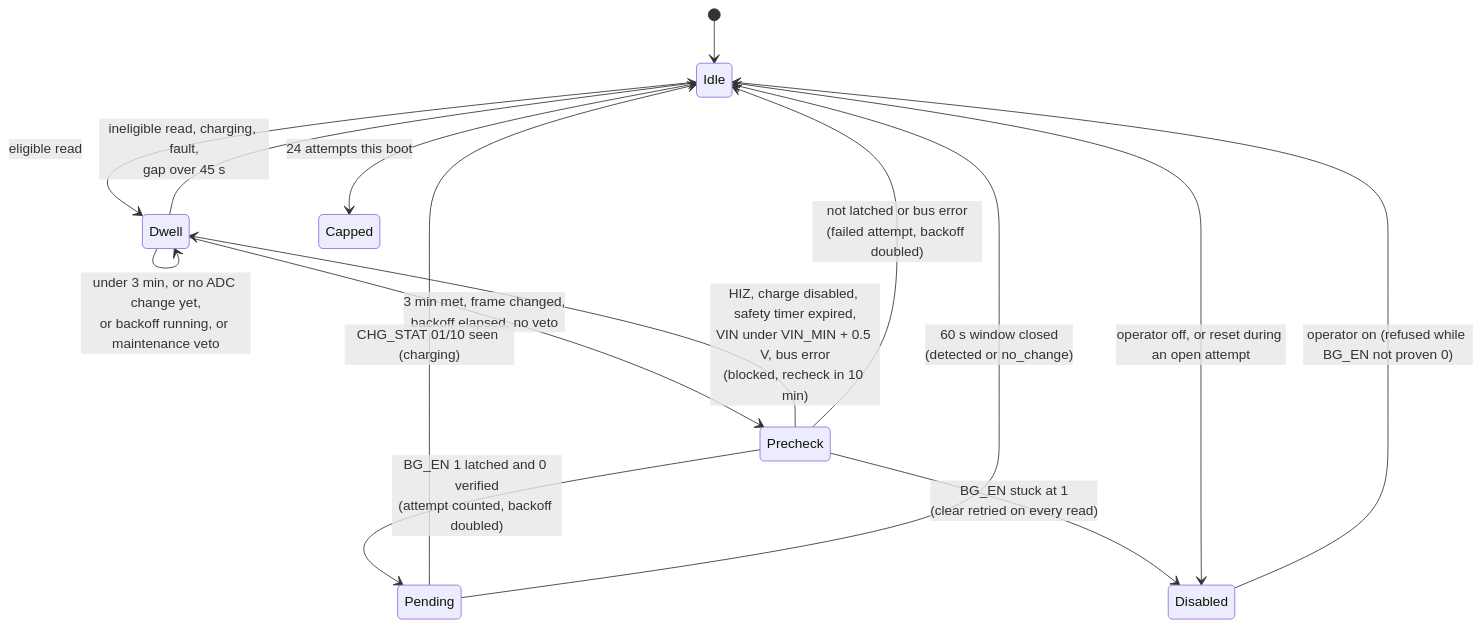
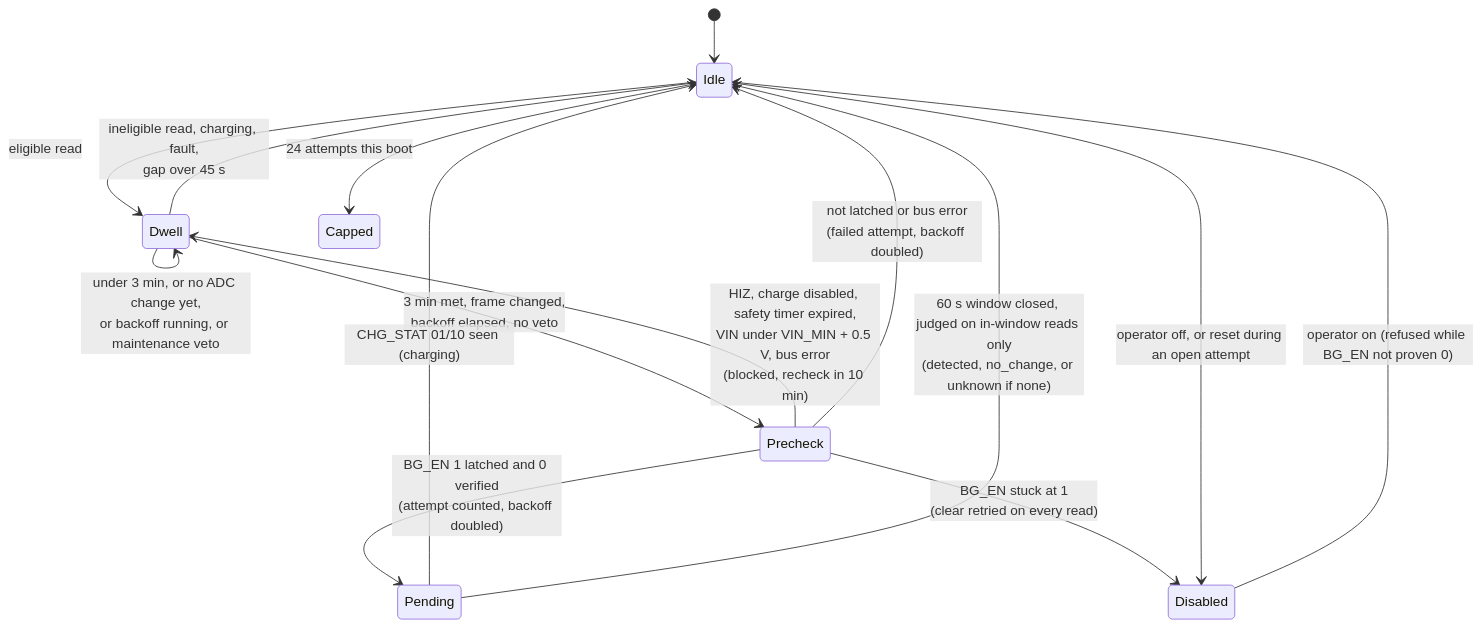
Before and after one commit to Jan-IngenHousz-Institute/ambyte-iot: the first of 3 diagrams in docs/charger-redetect.md, drawn with Mermaid. The commit also changed other lines of this file and 26 other files, not shown here.

````diff
--- a/docs/charger-redetect.md
+++ b/docs/charger-redetect.md
@@ -134,17 +201,17 @@
 ```mermaid
 stateDiagram-v2
     [*] --> Idle
     Idle --> Dwell: eligible read
     Dwell --> Idle: ineligible read, charging, fault,<br/>gap over 45 s
     Dwell --> Dwell: under 3 min, or no ADC change yet,<br/>or backoff running, or maintenance veto
     Dwell --> Precheck: 3 min met, frame changed,<br/>backoff elapsed, no veto
     Precheck --> Dwell: HIZ, charge disabled, safety timer expired,<br/>VIN under VIN_MIN + 0.5 V, bus error<br/>(blocked, recheck in 10 min)
     Precheck --> Pending: BG_EN 1 latched and 0 verified<br/>(attempt counted, backoff doubled)
     Precheck --> Idle: not latched or bus error<br/>(failed attempt, backoff doubled)
     Precheck --> Disabled: BG_EN stuck at 1<br/>(clear retried on every read)
     Pending --> Idle: CHG_STAT 01/10 seen (charging)
-    Pending --> Idle: 60 s window closed<br/>(detected or no_change)
+    Pending --> Idle: 60 s window closed, judged on in-window reads only<br/>(detected, no_change, or unknown if none)
     Idle --> Capped: 24 attempts this boot
     Idle --> Disabled: operator off, or reset during an open attempt
     Disabled --> Idle: operator on (refused while BG_EN not proven 0)
 ```
````
